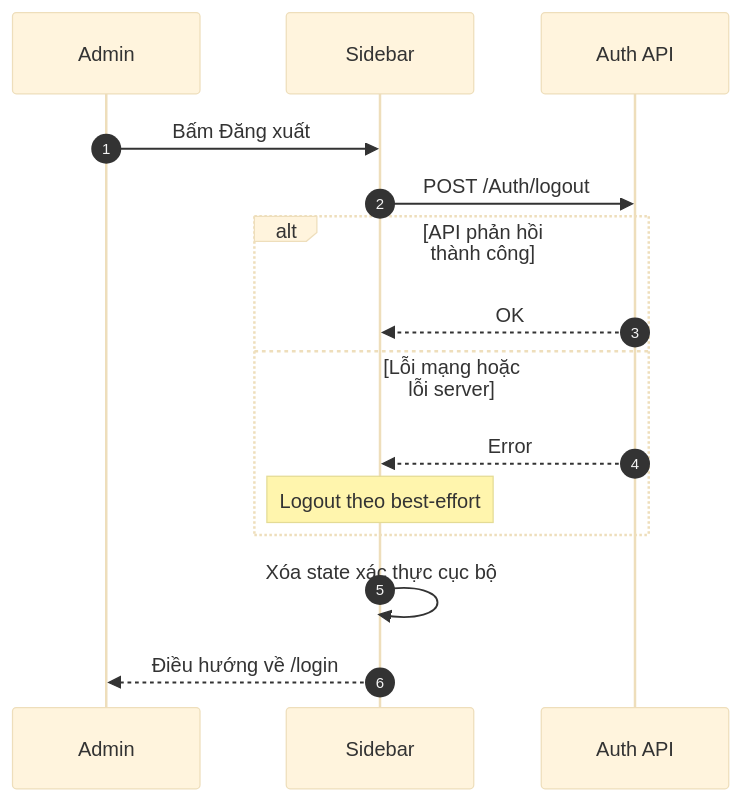
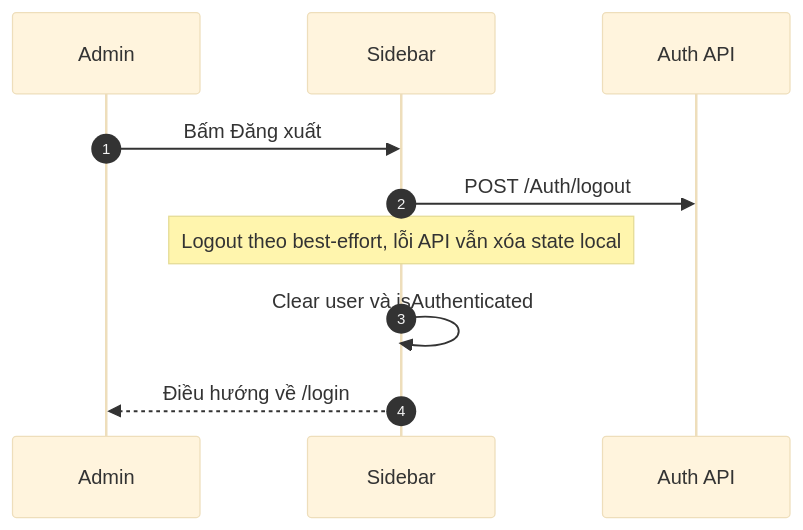
The third of 24 diagrams in docs/sequence/flow-admin.md (sangnp-s-organiztion/food-market-narrator), drawn with Mermaid (base theme) before and after one commit. The commit also changed other lines of this file and 3 other files, not shown here.

Commit message:
cập nhật flow-admin

````diff
--- a/docs/sequence/flow-admin.md
+++ b/docs/sequence/flow-admin.md
@@ -52,18 +59,13 @@
 ```mermaid
 sequenceDiagram
     autonumber
     participant U as Admin
     participant FE as Sidebar
     participant AUTH as Auth API
 
     U->>FE: Bấm Đăng xuất
     FE->>AUTH: POST /Auth/logout
-    alt API phản hồi thành công
-        AUTH-->>FE: OK
-    else Lỗi mạng hoặc lỗi server
-        AUTH-->>FE: Error
-        Note over FE: Logout theo best-effort
-    end
-    FE->>FE: Xóa state xác thực cục bộ
+    Note over FE: Logout theo best-effort, lỗi API vẫn xóa state local
+    FE->>FE: Clear user và isAuthenticated
     FE-->>U: Điều hướng về /login
 ```
````
